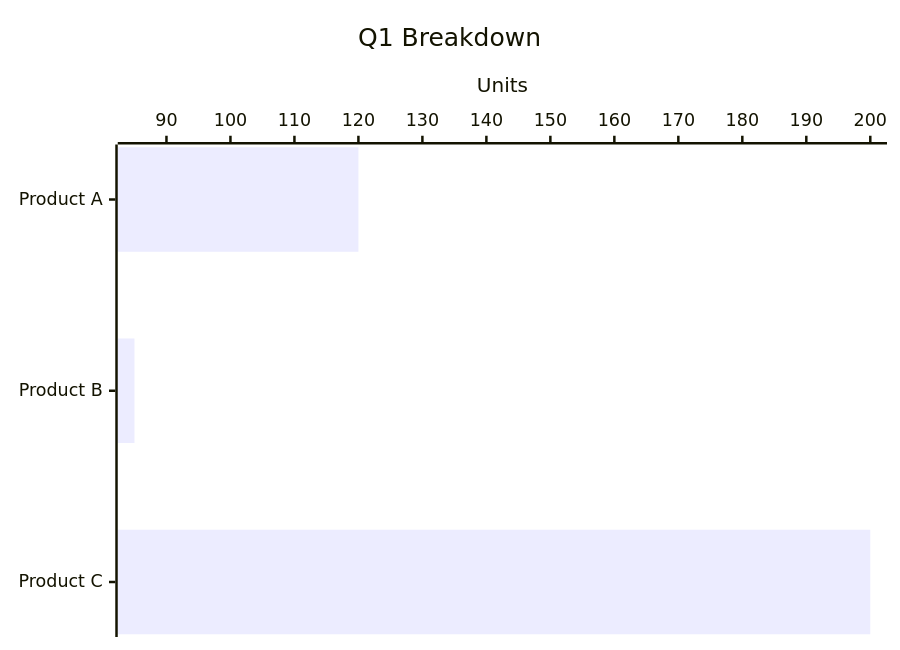
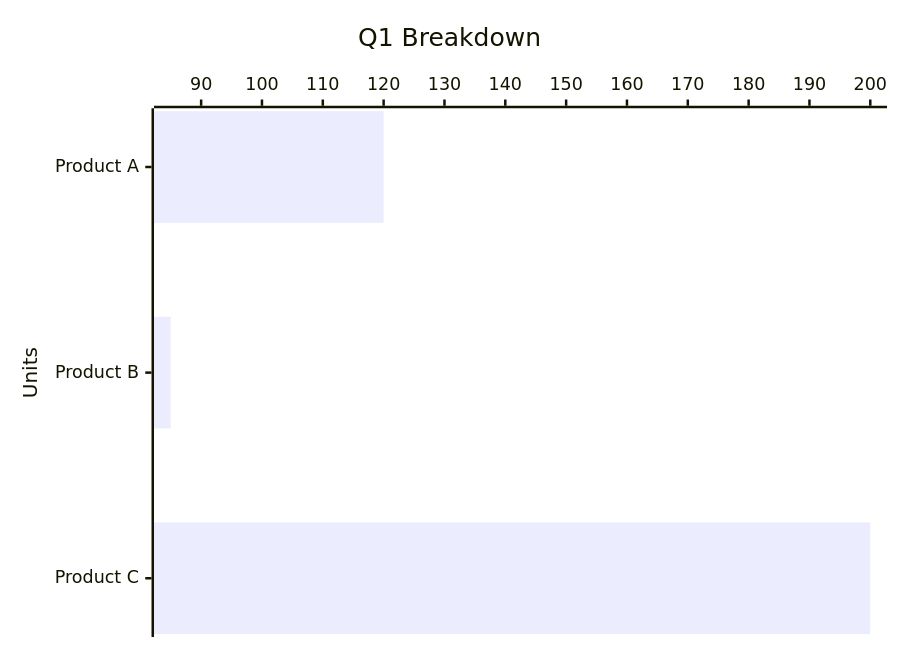
The diagram in docs/examples/q1_breakdown.md (Excidion/seanymph), drawn with Mermaid before and after one commit. The commit also changed 14 other files, not shown here.

````diff
--- a/docs/examples/q1_breakdown.md
+++ b/docs/examples/q1_breakdown.md
@@ -1,7 +1,6 @@
 ```mermaid
 xychart-beta horizontal
     title "Q1 Breakdown"
-    x-axis ["Product A", "Product B", "Product C"]
-    y-axis "Units"
+    x-axis "Units" ["Product A", "Product B", "Product C"]
     bar [120, 85, 200]
 ```
````
